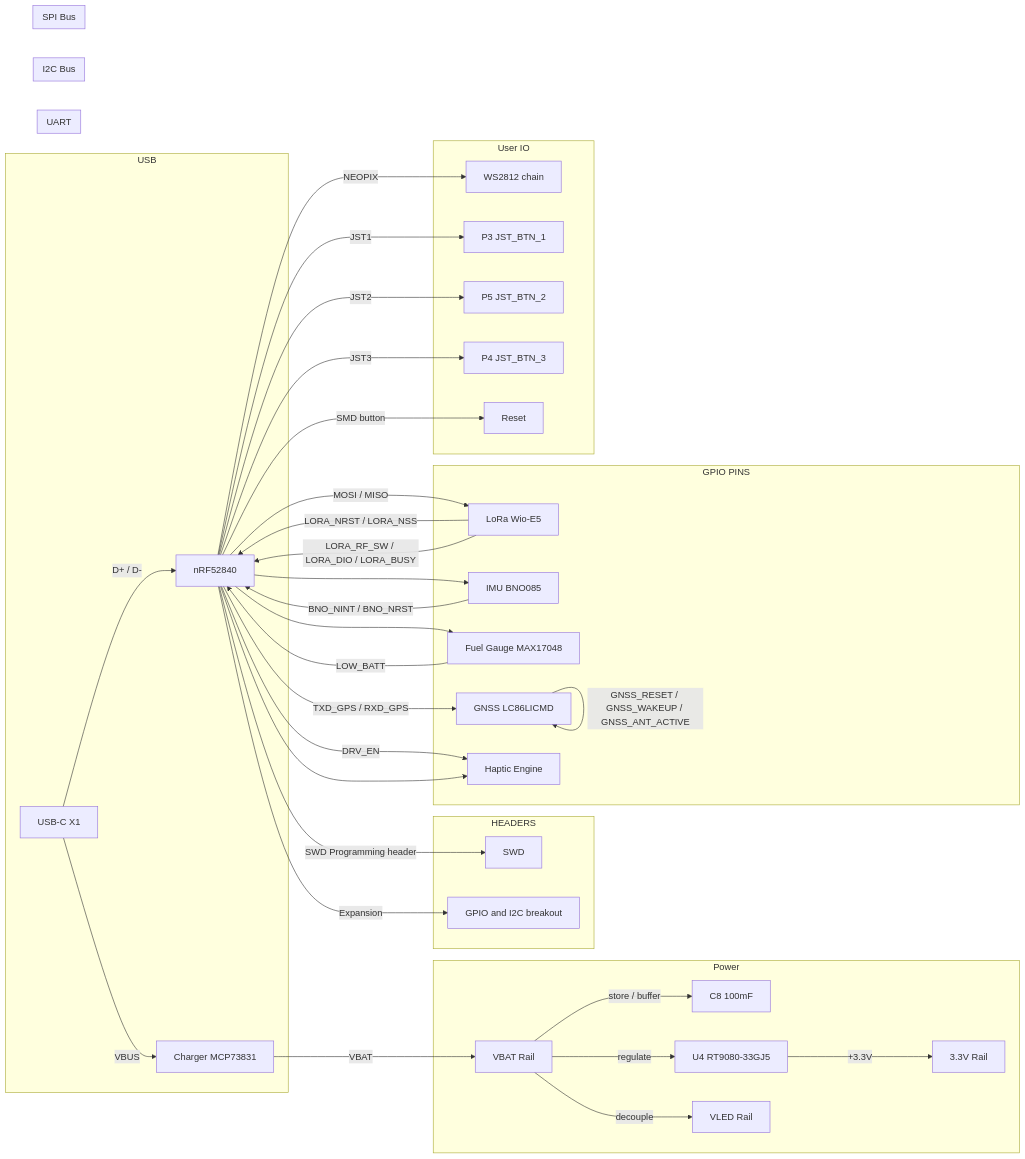
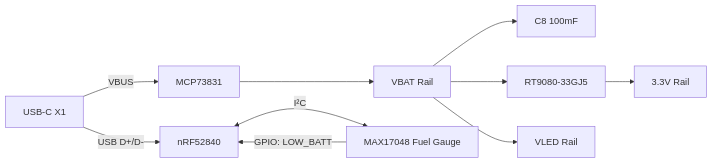
The first of 6 diagrams in Medallion_Board/board_components.md (wildjames/smart_compass), drawn with Mermaid before and after one commit. The commit also changed other lines of this file and 1 other file, not shown here.

````diff
--- a/Medallion_Board/board_components.md
+++ b/Medallion_Board/board_components.md
@@ -15,51 +48,13 @@
 ```mermaid
 flowchart LR
-    subgraph "USB"
-        USBC[USB-C X1] -->|D+ / D-| MCU[nRF52840]
-        USBC -->|VBUS| CHARGER[Charger MCP73831]
-    end
+    USBC[USB-C X1] -->|VBUS| CHARGER[MCP73831]
+    CHARGER --> VBAT[VBAT Rail]
+    VBAT --> SUPERCAP[C8 100mF]
+    VBAT --> LDO[RT9080-33GJ5]
+    VBAT --> VLED[VLED Rail]
+    LDO --> VDD[3.3V Rail]
 
-    subgraph "Power"
-        CHARGER -->|VBAT| VBAT[VBAT Rail]
-        VBAT -->|store / buffer| SUPERCAP[C8 100mF]
-        VBAT -->|regulate| LDO[U4 RT9080-33GJ5]
-        VBAT -->|decouple| VLED[VLED Rail]
-        LDO -->|+3.3V| VDD[3.3V Rail]
-    end
-
-    subgraph "HEADERS"
-        MCU -->|SWD Programming header| SWD[SWD]
-        MCU -->|Expansion| HEADER[GPIO and I2C breakout]
-    end
-
-    subgraph "GPIO PINS"
-        LORA[LoRa Wio-E5] -->|LORA_NRST / LORA_NSS| MCU
-        LORA[LoRa Wio-E5] -->|LORA_RF_SW / LORA_DIO / LORA_BUSY| MCU
-        IMU[IMU BNO085] -->|BNO_NINT / BNO_NRST| MCU
-        FUEL[Fuel Gauge MAX17048] -->|LOW_BATT| MCU
-        GNSS -->|GNSS_RESET / GNSS_WAKEUP / GNSS_ANT_ACTIVE| GNSS[GNSS LC86LICMD]
-        MCU -->|DRV_EN| HAPTIC[Haptic Engine]
-    end
-
-    subgraph "UART"
-        MCU -->|TXD_GPS / RXD_GPS| GNSS
-    end
-
-    subgraph "I2C Bus"
-        MCU --> FUEL
-        MCU --> IMU
-        MCU --> HAPTIC
-    end
-
-    subgraph "SPI Bus"
-        MCU -->|MOSI / MISO| LORA
-    end
-
-    subgraph "User IO"
-        MCU -->|NEOPIX| LEDS[WS2812 chain]
-        MCU -->|JST1| BTN1[P3 JST_BTN_1]
-        MCU -->|JST2| BTN2[P5 JST_BTN_2]
-        MCU -->|JST3| BTN3[P4 JST_BTN_3]
-        MCU -->|SMD button| SW[Reset]
-    end
+    MCU[nRF52840] <-->|I²C| FUEL[MAX17048 Fuel Gauge]
+    FUEL -->|GPIO: LOW_BATT| MCU
+    USBC -->|USB D+/D-| MCU
 ```
````
